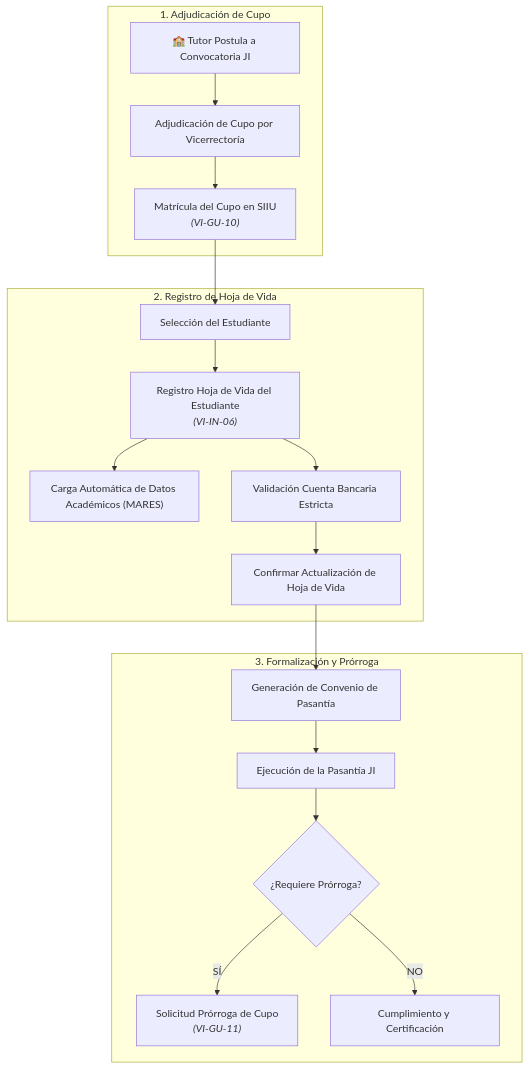
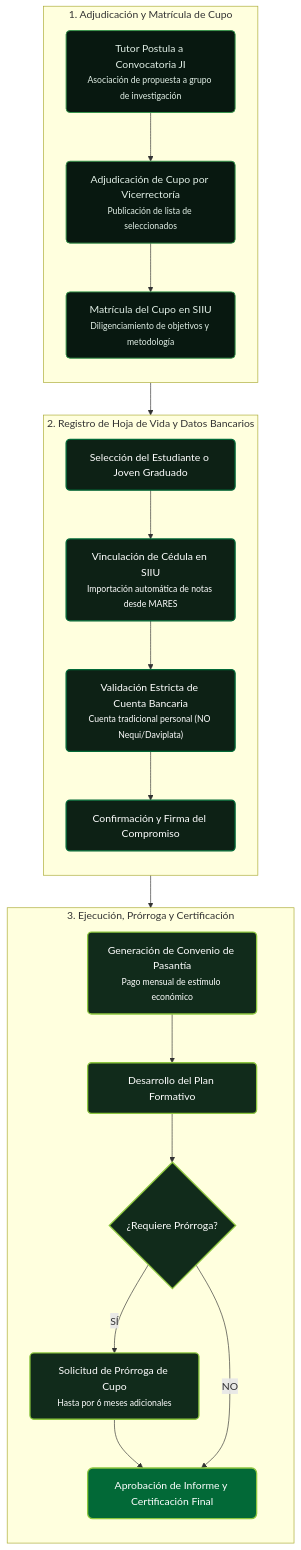
Before and after one commit to Colors-svg/Wiki: the diagram in docs/02_PROCESOS_CLAVE/Programa_Joven_Investigador.md, drawn with Mermaid. The commit also changed 79 other files, not shown here.

Commit message:
style: aplicar paleta institucional UdeA, animacion surrounding glow y diagramas modulares

````diff
--- a/docs/02_PROCESOS_CLAVE/Programa_Joven_Investigador.md
+++ b/docs/02_PROCESOS_CLAVE/Programa_Joven_Investigador.md
@@ -5,23 +5,39 @@
 ```mermaid
 flowchart TD
-    subgraph ETAPA1["1. Adjudicación de Cupo"]
-        TUT["‍🏫 Tutor Postula a Convocatoria JI"] --> ADJ["Adjudicación de Cupo por Vicerrectoría"]
-        ADJ --> MAT_CUPO["Matrícula del Cupo en SIIU<br><i>(VI-GU-10)</i>"]
+    classDef tutor fill:#081810,stroke:#35944B,stroke-width:1.5px,color:#E1EFE6,rx:6px,ry:6px;
+    classDef est fill:#0D2115,stroke:#026937,stroke-width:2px,color:#FFFFFF,rx:6px,ry:6px;
+    classDef decision fill:#112B1B,stroke:#8DC63F,stroke-width:2px,color:#FFFFFF,rx:6px,ry:6px;
+    classDef final fill:#026937,stroke:#8DC63F,stroke-width:2px,color:#FFFFFF,rx:8px,ry:8px;
+
+    subgraph ETAPA1 ["1. Adjudicación y Matrícula de Cupo"]
+        direction TB
+        TUT["Tutor Postula a Convocatoria JI<br><small>Asociación de propuesta a grupo de investigación</small>"]:::tutor
+        ADJ["Adjudicación de Cupo por Vicerrectoría<br><small>Publicación de lista de seleccionados</small>"]:::tutor
+        MAT_CUPO["Matrícula del Cupo en SIIU<br><small>Diligenciamiento de objetivos y metodología</small>"]:::tutor
+        TUT --> ADJ --> MAT_CUPO
     end
 
-    subgraph ETAPA2["2. Registro de Hoja de Vida"]
-        MAT_CUPO --> SEL_EST["Selección del Estudiante"]
-        SEL_EST --> REG_HV["Registro Hoja de Vida del Estudiante<br><i>(VI-IN-06)</i>"]
-        REG_HV --> MARES["Carga Automática de Datos Académicos (MARES)"]
-        REG_HV --> BANCO["Validación Cuenta Bancaria Estricta"]
-        BANCO --> CONF_HV["Confirmar Actualización de Hoja de Vida"]
+    subgraph ETAPA2 ["2. Registro de Hoja de Vida y Datos Bancarios"]
+        direction TB
+        SEL_EST["Selección del Estudiante o Joven Graduado"]:::est
+        REG_HV["Vinculación de Cédula en SIIU<br><small>Importación automática de notas desde MARES</small>"]:::est
+        BANCO["Validación Estricta de Cuenta Bancaria<br><small>Cuenta tradicional personal (NO Nequi/Daviplata)</small>"]:::est
+        CONF_HV["Confirmación y Firma del Compromiso"]:::est
+        SEL_EST --> REG_HV --> BANCO --> CONF_HV
     end
 
-    subgraph ETAPA3["3. Formalización y Prórroga"]
-        CONF_HV --> CONV["Generación de Convenio de Pasantía"]
-        CONV --> EJEC_JI["Ejecución de la Pasantía JI"]
-        EJEC_JI --> PRORR{"¿Requiere Prórroga?"}
-        PRORR -->|SÍ| SOL_PRORR["Solicitud Prórroga de Cupo<br><i>(VI-GU-11)</i>"]
-        PRORR -->|NO| FIN_JI["Cumplimiento y Certificación"]
+    subgraph ETAPA3 ["3. Ejecución, Prórroga y Certificación"]
+        direction TB
+        CONV["Generación de Convenio de Pasantía<br><small>Pago mensual de estímulo económico</small>"]:::decision
+        EJEC_JI["Desarrollo del Plan Formativo"]:::decision
+        PRORR{"¿Requiere Prórroga?"}:::decision
+        SOL_PRORR["Solicitud de Prórroga de Cupo<br><small>Hasta por 6 meses adicionales</small>"]:::decision
+        FIN_JI["Aprobación de Informe y Certificación Final"]:::final
+        CONV --> EJEC_JI --> PRORR
+        PRORR -->|SÍ| SOL_PRORR --> FIN_JI
+        PRORR -->|NO| FIN_JI
     end
+
+    MAT_CUPO --> SEL_EST
+    CONF_HV --> CONV
 ```
````
